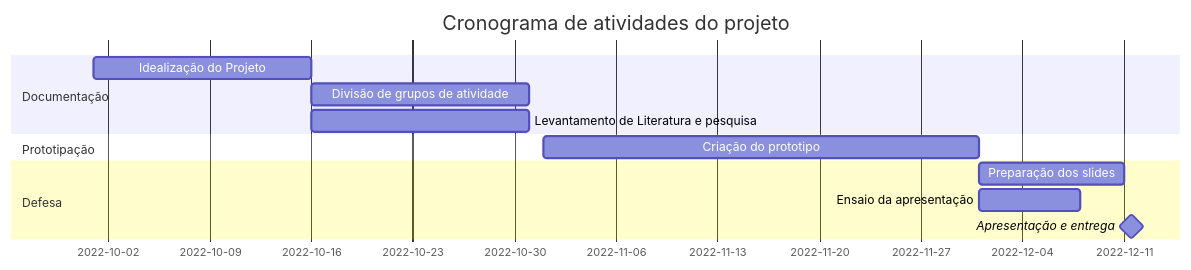
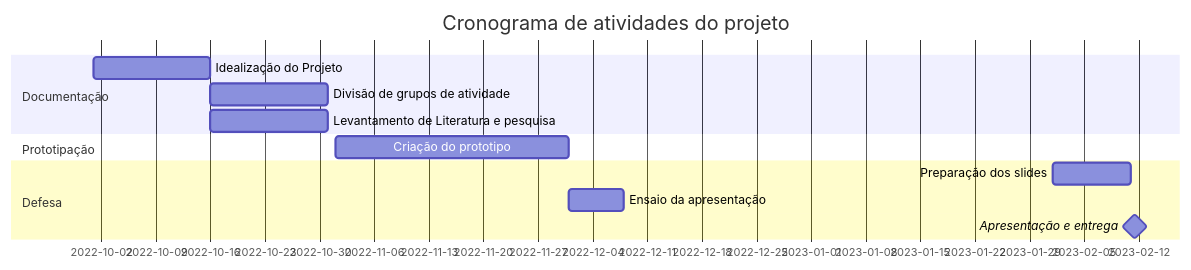
Before and after one commit to JVictor1012/projeto-integrador-gantt: the diagram in README.md, drawn with Mermaid.

````diff
--- a/README.md
+++ b/README.md
@@ -3,19 +3,19 @@
 ```mermaid
     gantt
     title Cronograma de atividades do projeto
     dateFormat  YYYY-MM-DD
     section Documentação 
     Idealização do Projeto      :a1, 2022-10-01, 15d
     Divisão de grupos de atividade   :a2, after a1  , 15d
     Levantamento de Literatura e pesquisa   :a3, after a1  , 15d
     
     
     section Prototipação
     Criação do prototipo      :b1, 2022-11-01, 30d
   
     
     section Defesa
-    Preparação dos slides :p1, after b1, 10d
+    Preparação dos slides :p1, 2023-02-01, 10d
     Ensaio da apresentação :p2, after b1, 7d
     Apresentação e entrega  :milestone, after p1, 1d
 ```
````
